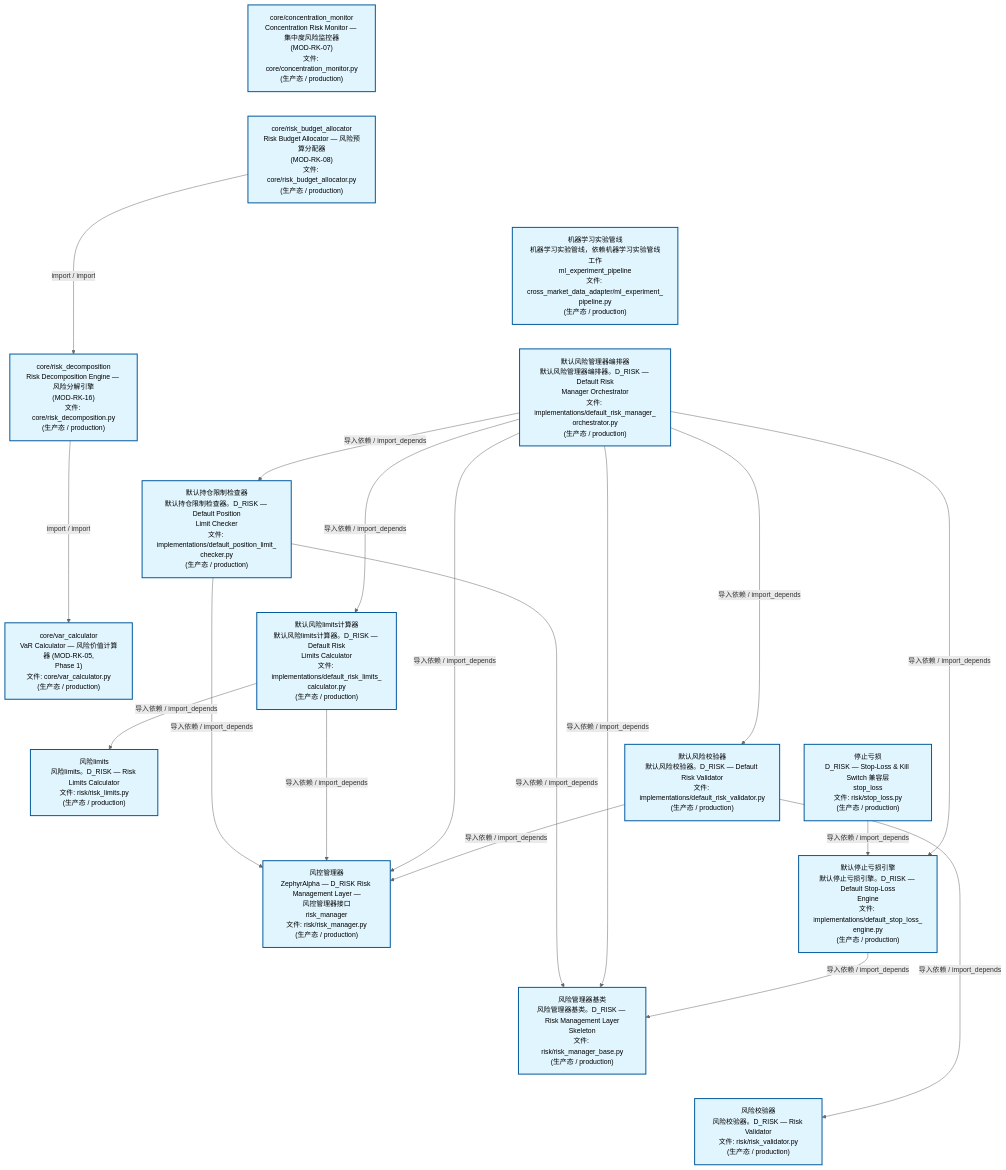
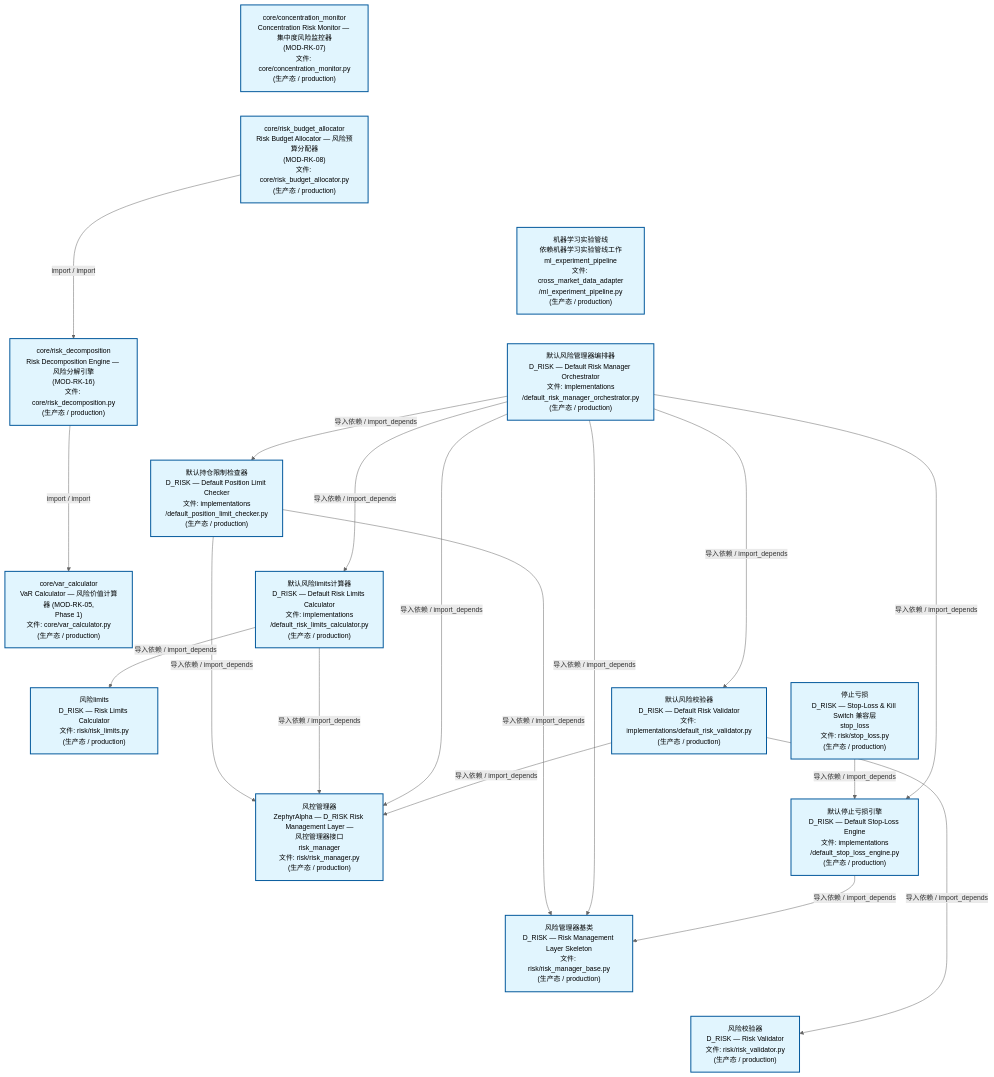
The second of 4 diagrams in docs/02_enterprise_architecture/02_domain_architecture_docs/65_d_risk.md (xuanFelixVan/ZephyrAlpha), drawn with Mermaid before and after one commit. The commit also changed other lines of this file and 59 other files, not shown here.

````diff
--- a/docs/02_enterprise_architecture/02_domain_architecture_docs/65_d_risk.md
+++ b/docs/02_enterprise_architecture/02_domain_architecture_docs/65_d_risk.md
@@ -142,52 +143,52 @@
 ```mermaid
 %%{init: {'theme': 'base', 'themeVariables': {'primaryColor': '#eaeaea', 'primaryTextColor': '#333333', 'primaryBorderColor': '#666666', 'lineColor': '#666666', 'secondaryColor': '#eaeaea', 'tertiaryColor': '#eaeaea', 'fontSize': '14px'}}}%%
 flowchart TD
     src_zephyr_risk_core_concentration_monitor_py["core/concentration_monitor<br/>Concentration Risk Monitor — 集中度风险监控器<br/>(MOD-RK-07)<br/>文件: core/concentration_monitor.py<br/>(生产态 / production)"]
     src_zephyr_risk_core_risk_budget_allocator_py["core/risk_budget_allocator<br/>Risk Budget Allocator — 风险预算分配器<br/>(MOD-RK-08)<br/>文件: core/risk_budget_allocator.py<br/>(生产态 / production)"]
-    src_zephyr_risk_cross_asset_cross_market_data_adapter_ml_experiment_pipeline_py["机器学习实验管线<br/>机器学习实验管线，依赖机器学习实验管线工作<br/>ml_experiment_pipeline<br/>文件: cross_market_data_adapter/ml_experiment_<br/>pipeline.py<br/>(生产态 / production)"]
-    src_zephyr_risk_implementations_default_risk_manager_orchestrator_py["默认风险管理器编排器<br/>默认风险管理器编排器。D_RISK — Default Risk<br/>Manager Orchestrator<br/>文件: implementations/default_risk_manager_<br/>orchestrator.py<br/>(生产态 / production)"]
+    src_zephyr_risk_cross_asset_cross_market_data_adapter_ml_experiment_pipeline_py["机器学习实验管线<br/>依赖机器学习实验管线工作<br/>ml_experiment_pipeline<br/>文件: cross_market_data_adapter<br/>/ml_experiment_pipeline.py<br/>(生产态 / production)"]
+    src_zephyr_risk_implementations_default_risk_manager_orchestrator_py["默认风险管理器编排器<br/>D_RISK — Default Risk Manager Orchestrator<br/>文件: implementations<br/>/default_risk_manager_orchestrator.py<br/>(生产态 / production)"]
     src_zephyr_risk_stop_loss_py["停止亏损<br/>D_RISK — Stop-Loss & Kill Switch 兼容层<br/>stop_loss<br/>文件: risk/stop_loss.py<br/>(生产态 / production)"]
     src_zephyr_risk_core_concentration_monitor_py ~~~ src_zephyr_risk_core_risk_budget_allocator_py
     src_zephyr_risk_core_risk_budget_allocator_py ~~~ src_zephyr_risk_cross_asset_cross_market_data_adapter_ml_experiment_pipeline_py
     src_zephyr_risk_cross_asset_cross_market_data_adapter_ml_experiment_pipeline_py ~~~ src_zephyr_risk_implementations_default_risk_manager_orchestrator_py
     src_zephyr_risk_implementations_default_risk_manager_orchestrator_py ~~~ src_zephyr_risk_stop_loss_py
     src_zephyr_risk_core_risk_decomposition_py["core/risk_decomposition<br/>Risk Decomposition Engine — 风险分解引擎<br/>(MOD-RK-16)<br/>文件: core/risk_decomposition.py<br/>(生产态 / production)"]
-    src_zephyr_risk_implementations_default_position_limit_checker_py["默认持仓限制检查器<br/>默认持仓限制检查器。D_RISK — Default Position<br/>Limit Checker<br/>文件: implementations/default_position_limit_<br/>checker.py<br/>(生产态 / production)"]
-    src_zephyr_risk_implementations_default_risk_limits_calculator_py["默认风险limits计算器<br/>默认风险limits计算器。D_RISK — Default Risk<br/>Limits Calculator<br/>文件: implementations/default_risk_limits_<br/>calculator.py<br/>(生产态 / production)"]
-    src_zephyr_risk_implementations_default_risk_validator_py["默认风险校验器<br/>默认风险校验器。D_RISK — Default Risk Validator<br/>文件: implementations/default_risk_validator.py<br/>(生产态 / production)"]
-    src_zephyr_risk_implementations_default_stop_loss_engine_py["默认停止亏损引擎<br/>默认停止亏损引擎。D_RISK — Default Stop-Loss<br/>Engine<br/>文件: implementations/default_stop_loss_<br/>engine.py<br/>(生产态 / production)"]
+    src_zephyr_risk_implementations_default_position_limit_checker_py["默认持仓限制检查器<br/>D_RISK — Default Position Limit Checker<br/>文件: implementations<br/>/default_position_limit_checker.py<br/>(生产态 / production)"]
+    src_zephyr_risk_implementations_default_risk_limits_calculator_py["默认风险limits计算器<br/>D_RISK — Default Risk Limits Calculator<br/>文件: implementations<br/>/default_risk_limits_calculator.py<br/>(生产态 / production)"]
+    src_zephyr_risk_implementations_default_risk_validator_py["默认风险校验器<br/>D_RISK — Default Risk Validator<br/>文件: implementations/default_risk_validator.py<br/>(生产态 / production)"]
+    src_zephyr_risk_implementations_default_stop_loss_engine_py["默认停止亏损引擎<br/>D_RISK — Default Stop-Loss Engine<br/>文件: implementations<br/>/default_stop_loss_engine.py<br/>(生产态 / production)"]
     src_zephyr_risk_core_risk_decomposition_py ~~~ src_zephyr_risk_implementations_default_position_limit_checker_py
     src_zephyr_risk_implementations_default_position_limit_checker_py ~~~ src_zephyr_risk_implementations_default_risk_limits_calculator_py
     src_zephyr_risk_implementations_default_risk_limits_calculator_py ~~~ src_zephyr_risk_implementations_default_risk_validator_py
     src_zephyr_risk_implementations_default_risk_validator_py ~~~ src_zephyr_risk_implementations_default_stop_loss_engine_py
     src_zephyr_risk_core_var_calculator_py["core/var_calculator<br/>VaR Calculator — 风险价值计算器 (MOD-RK-05,<br/>Phase 1)<br/>文件: core/var_calculator.py<br/>(生产态 / production)"]
-    src_zephyr_risk_risk_limits_py["风险limits<br/>风险limits。D_RISK — Risk Limits Calculator<br/>文件: risk/risk_limits.py<br/>(生产态 / production)"]
+    src_zephyr_risk_risk_limits_py["风险limits<br/>D_RISK — Risk Limits Calculator<br/>文件: risk/risk_limits.py<br/>(生产态 / production)"]
     src_zephyr_risk_risk_manager_py["风控管理器<br/>ZephyrAlpha — D_RISK Risk Management Layer —<br/>风控管理器接口<br/>risk_manager<br/>文件: risk/risk_manager.py<br/>(生产态 / production)"]
-    src_zephyr_risk_risk_manager_base_py["风险管理器基类<br/>风险管理器基类。D_RISK — Risk Management Layer<br/>Skeleton<br/>文件: risk/risk_manager_base.py<br/>(生产态 / production)"]
-    src_zephyr_risk_risk_validator_py["风险校验器<br/>风险校验器。D_RISK — Risk Validator<br/>文件: risk/risk_validator.py<br/>(生产态 / production)"]
+    src_zephyr_risk_risk_manager_base_py["风险管理器基类<br/>D_RISK — Risk Management Layer Skeleton<br/>文件: risk/risk_manager_base.py<br/>(生产态 / production)"]
+    src_zephyr_risk_risk_validator_py["风险校验器<br/>D_RISK — Risk Validator<br/>文件: risk/risk_validator.py<br/>(生产态 / production)"]
     src_zephyr_risk_core_var_calculator_py ~~~ src_zephyr_risk_risk_limits_py
     src_zephyr_risk_risk_limits_py ~~~ src_zephyr_risk_risk_manager_py
     src_zephyr_risk_risk_manager_py ~~~ src_zephyr_risk_risk_manager_base_py
     src_zephyr_risk_risk_manager_base_py ~~~ src_zephyr_risk_risk_validator_py
     src_zephyr_risk_core_risk_budget_allocator_py -->|import / import| src_zephyr_risk_core_risk_decomposition_py
     src_zephyr_risk_core_risk_decomposition_py -->|import / import| src_zephyr_risk_core_var_calculator_py
     src_zephyr_risk_stop_loss_py -->|导入依赖 / import_depends| src_zephyr_risk_implementations_default_stop_loss_engine_py
     src_zephyr_risk_implementations_default_position_limit_checker_py -->|导入依赖 / import_depends| src_zephyr_risk_risk_manager_base_py
     src_zephyr_risk_implementations_default_position_limit_checker_py -->|导入依赖 / import_depends| src_zephyr_risk_risk_manager_py
     src_zephyr_risk_implementations_default_risk_limits_calculator_py -->|导入依赖 / import_depends| src_zephyr_risk_risk_limits_py
     src_zephyr_risk_implementations_default_risk_limits_calculator_py -->|导入依赖 / import_depends| src_zephyr_risk_risk_manager_py
     src_zephyr_risk_implementations_default_risk_manager_orchestrator_py -->|导入依赖 / import_depends| src_zephyr_risk_risk_manager_base_py
     src_zephyr_risk_implementations_default_risk_manager_orchestrator_py -->|导入依赖 / import_depends| src_zephyr_risk_risk_manager_py
     src_zephyr_risk_implementations_default_risk_manager_orchestrator_py -->|导入依赖 / import_depends| src_zephyr_risk_implementations_default_position_limit_checker_py
     src_zephyr_risk_implementations_default_risk_manager_orchestrator_py -->|导入依赖 / import_depends| src_zephyr_risk_implementations_default_risk_limits_calculator_py
     src_zephyr_risk_implementations_default_risk_manager_orchestrator_py -->|导入依赖 / import_depends| src_zephyr_risk_implementations_default_stop_loss_engine_py
     src_zephyr_risk_implementations_default_risk_manager_orchestrator_py -->|导入依赖 / import_depends| src_zephyr_risk_implementations_default_risk_validator_py
     src_zephyr_risk_implementations_default_stop_loss_engine_py -->|导入依赖 / import_depends| src_zephyr_risk_risk_manager_base_py
     src_zephyr_risk_implementations_default_risk_validator_py -->|导入依赖 / import_depends| src_zephyr_risk_risk_manager_py
     src_zephyr_risk_implementations_default_risk_validator_py -->|导入依赖 / import_depends| src_zephyr_risk_risk_validator_py
     classDef production fill:#e1f5fe,stroke:#01579b,stroke-width:2px,color:#000
     classDef design fill:#fff3e0,stroke:#e65100,stroke-width:2px,color:#000,stroke-dasharray: 5 5
     classDef external_prod fill:#e8f4fd,stroke:#0277bd,stroke-width:1px,color:#000
     classDef external_design fill:#fff8e7,stroke:#ef6c00,stroke-width:1px,color:#000,stroke-dasharray: 5 5
     class src_zephyr_risk_core_concentration_monitor_py,src_zephyr_risk_core_risk_budget_allocator_py,src_zephyr_risk_core_risk_decomposition_py,src_zephyr_risk_core_var_calculator_py,src_zephyr_risk_cross_asset_cross_market_data_adapter_ml_experiment_pipeline_py,src_zephyr_risk_implementations_default_position_limit_checker_py,src_zephyr_risk_implementations_default_risk_limits_calculator_py,src_zephyr_risk_implementations_default_risk_manager_orchestrator_py,src_zephyr_risk_implementations_default_risk_validator_py,src_zephyr_risk_implementations_default_stop_loss_engine_py,src_zephyr_risk_risk_limits_py,src_zephyr_risk_risk_manager_py,src_zephyr_risk_risk_manager_base_py,src_zephyr_risk_risk_validator_py,src_zephyr_risk_stop_loss_py production
 ```
````
